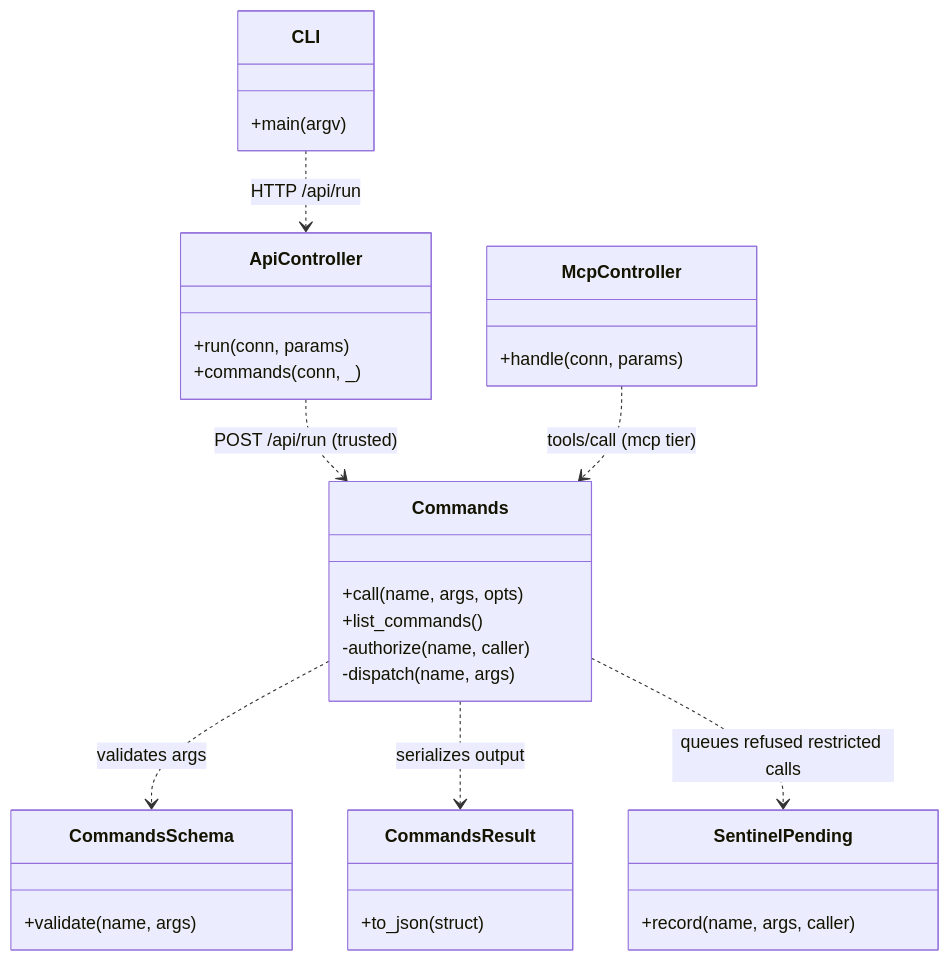
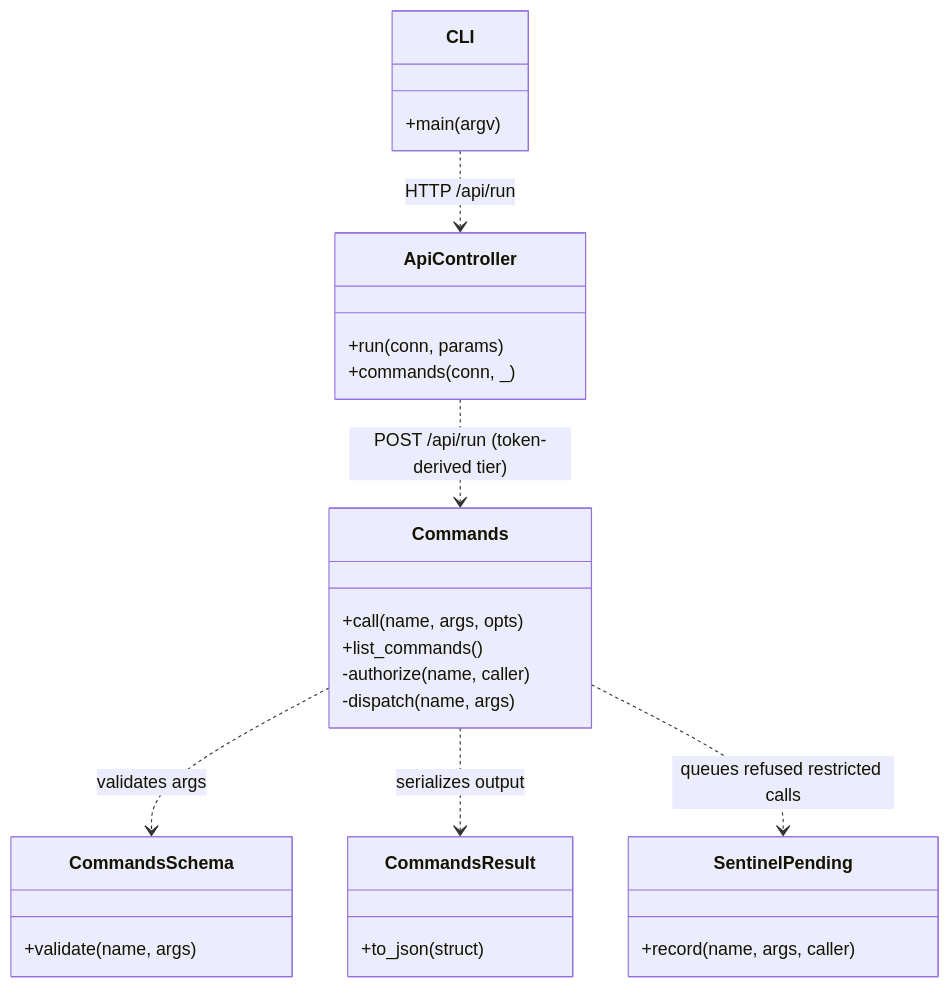
Before and after one commit to hightowerbuilds/buster-claw: the fifth of 8 diagrams in docs/UML.md, drawn with Mermaid. The commit also changed other lines of this file and 82 other files, not shown here.

````diff
--- a/docs/UML.md
+++ b/docs/UML.md
@@ -271,35 +211,31 @@
 ```mermaid
 classDiagram
     class Commands {
         +call(name, args, opts)
         +list_commands()
         -authorize(name, caller)
         -dispatch(name, args)
     }
     class CommandsSchema {
         +validate(name, args)
     }
     class CommandsResult {
         +to_json(struct)
     }
     class ApiController {
         +run(conn, params)
         +commands(conn, _)
     }
-    class McpController {
-        +handle(conn, params)
-    }
     class CLI {
         +main(argv)
     }
     class SentinelPending {
         +record(name, args, caller)
     }
 
-    ApiController ..> Commands : POST /api/run (trusted)
-    McpController ..> Commands : tools/call (mcp tier)
+    ApiController ..> Commands : POST /api/run (token-derived tier)
     CLI ..> ApiController : HTTP /api/run
     Commands ..> CommandsSchema : validates args
     Commands ..> CommandsResult : serializes output
     Commands ..> SentinelPending : queues refused restricted calls
 ```
````
